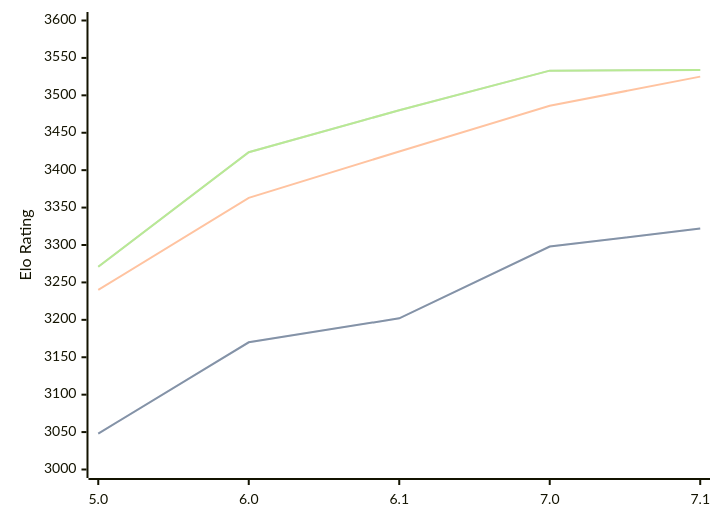
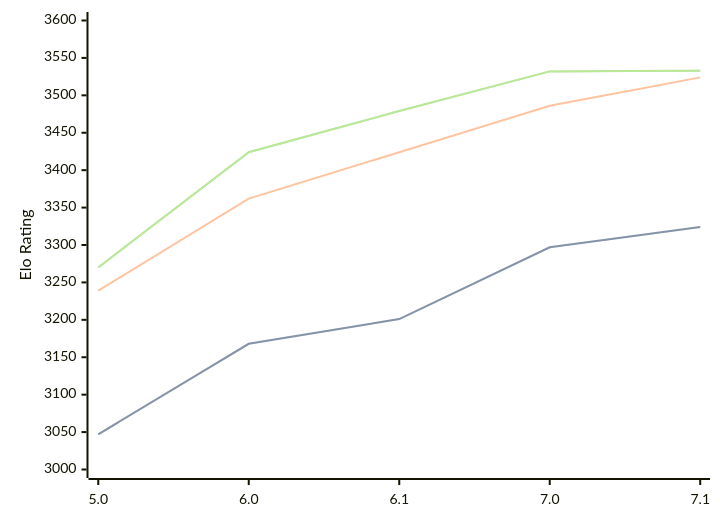
One commit to computer-chess-index/cci changed the diagram in engines/PZChessBot.md. Above: the diagram before and after it, drawn with Mermaid. The commit also changed other lines of this file, not shown here.

Commit message:
Update CCI Ratings (ELO VLTC) - 2026-09-01

````diff
--- a/engines/PZChessBot.md
+++ b/engines/PZChessBot.md
@@ -35,11 +35,11 @@
 ```mermaid
 %%{init: {"theme":"base","themeVariables":{"seriesColors:['#a3a3a3','#222221','#faa371']}}}%%
 xychart-beta
   x-axis ["5.0", "6.0", "6.1", "7.0", "7.1"]
   y-axis "Elo Rating" 3000 --> 3600
-  line "" [3048, 3170, 3202, 3298, 3322]
-  line "STC (8.0+0.08s)" [3048, 3170, 3202, 3298, 3322]
-  line "LTC (60.0+0.60s)" [3240, 3363, 3425, 3486, 3525]
-  line "" [3271, 3424, 3480, 3533, 3534]
-  line "VLTC (2m24s+1.12s)" [3271, 3424, 3480, 3533, 3534]
+  line "" [3047, 3168, 3201, 3297, 3324]
+  line "STC (8.0+0.08s)" [3047, 3168, 3201, 3297, 3324]
+  line "LTC (60.0+0.60s)" [3239, 3362, 3424, 3486, 3524]
+  line "" [3270, 3424, 3479, 3532, 3533]
+  line "VLTC (2m24s+1.12s)" [3270, 3424, 3479, 3532, 3533]
 ```
````
